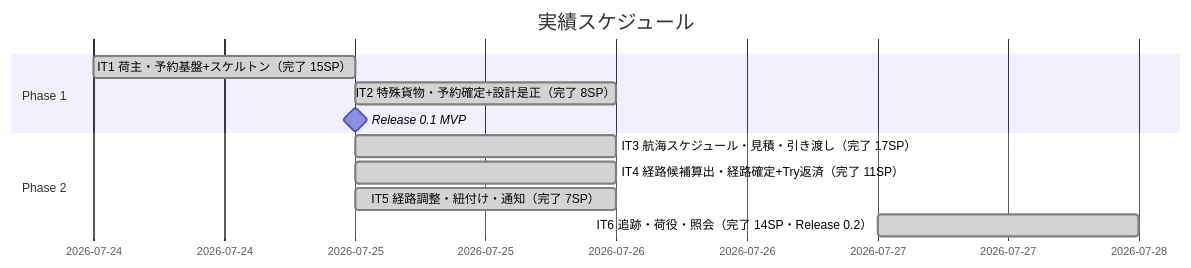
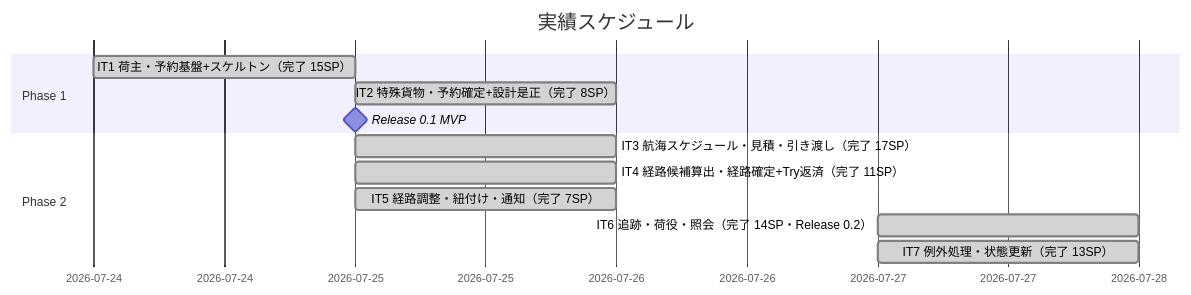
One commit to k2works/case-study-cargo-tracker changed the second of 3 diagrams in docs/development/release_plan.md. Above: the diagram before and after it, drawn with Mermaid. The commit also changed other lines of this file and 1 other file, not shown here.

````diff
--- a/docs/development/release_plan.md
+++ b/docs/development/release_plan.md
@@ -167,15 +167,16 @@
 ```mermaid
 gantt
     title 実績スケジュール
     dateFormat  YYYY-MM-DD
     section Phase 1
     IT1 荷主・予約基盤+スケルトン（完了 15SP） :done, a1, 2026-07-24, 1d
     IT2 特殊貨物・予約確定+設計是正（完了 8SP） :done, a2, 2026-07-25, 1d
     Release 0.1 MVP                              :milestone, m1, 2026-07-25, 0d
     section Phase 2
     IT3 航海スケジュール・見積・引き渡し（完了 17SP） :done, a3, 2026-07-25, 1d
     IT4 経路候補算出・経路確定+Try返済（完了 11SP） :done, a4, 2026-07-25, 1d
     IT5 経路調整・紐付け・通知（完了 7SP） :done, a5, 2026-07-25, 1d
     IT6 追跡・荷役・照会（完了 14SP・Release 0.2） :done, a6, 2026-07-27, 1d
+    IT7 例外処理・状態更新（完了 13SP）        :done, a7, 2026-07-27, 1d
     section Phase 3
 ```
````
